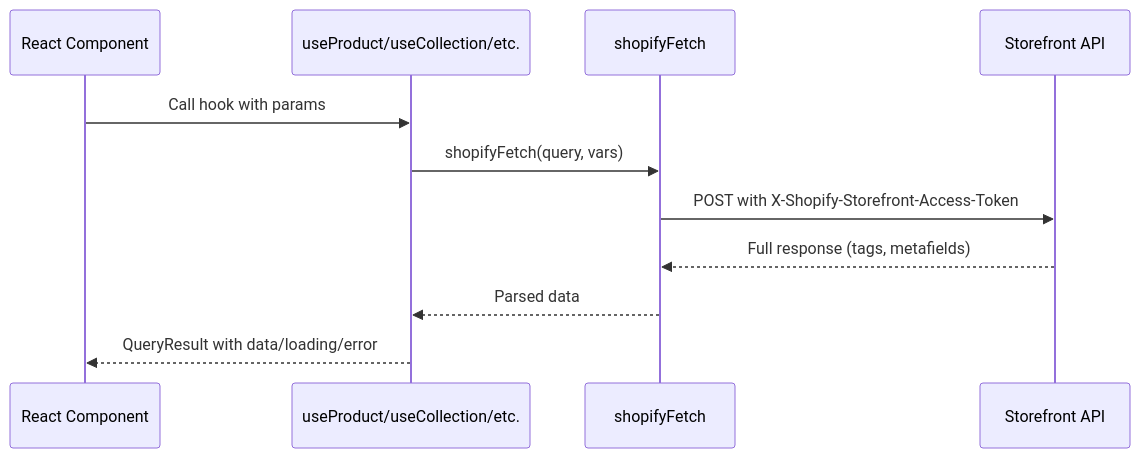
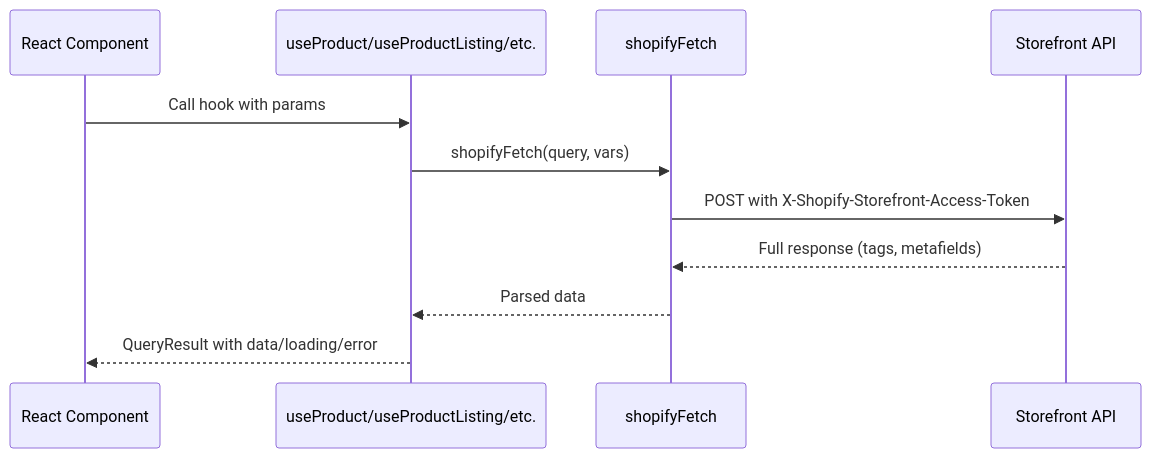
Before and after one commit to JasdeepN/house-of-mornii-shop: the second of 2 diagrams in docs/03-shopify-integration.md, drawn with Mermaid. The commit also changed other lines of this file and 12 other files, not shown here.

````diff
--- a/docs/03-shopify-integration.md
+++ b/docs/03-shopify-integration.md
@@ -332,14 +337,14 @@
 ```mermaid
 sequenceDiagram
     participant Component as React Component
-    participant Hook as useProduct/useCollection/etc.
+    participant Hook as useProduct/useProductListing/etc.
     participant Client as shopifyFetch
     participant Shopify as Storefront API
 
     Component->>Hook: Call hook with params
     Hook->>Client: shopifyFetch(query, vars)
     Client->>Shopify: POST with X-Shopify-Storefront-Access-Token
     Shopify-->>Client: Full response (tags, metafields)
     Client-->>Hook: Parsed data
     Hook-->>Component: QueryResult with data/loading/error
 ```
````
